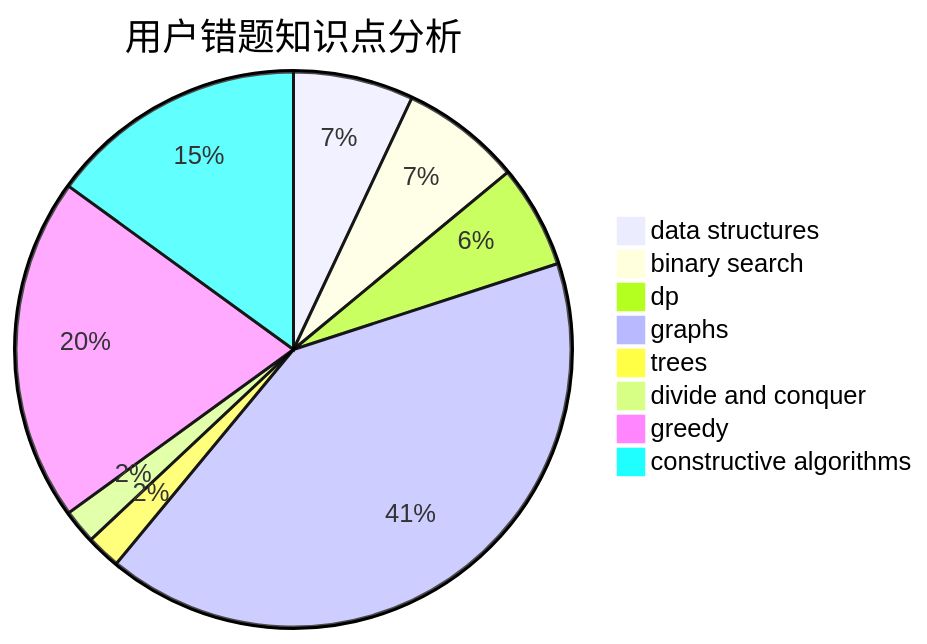
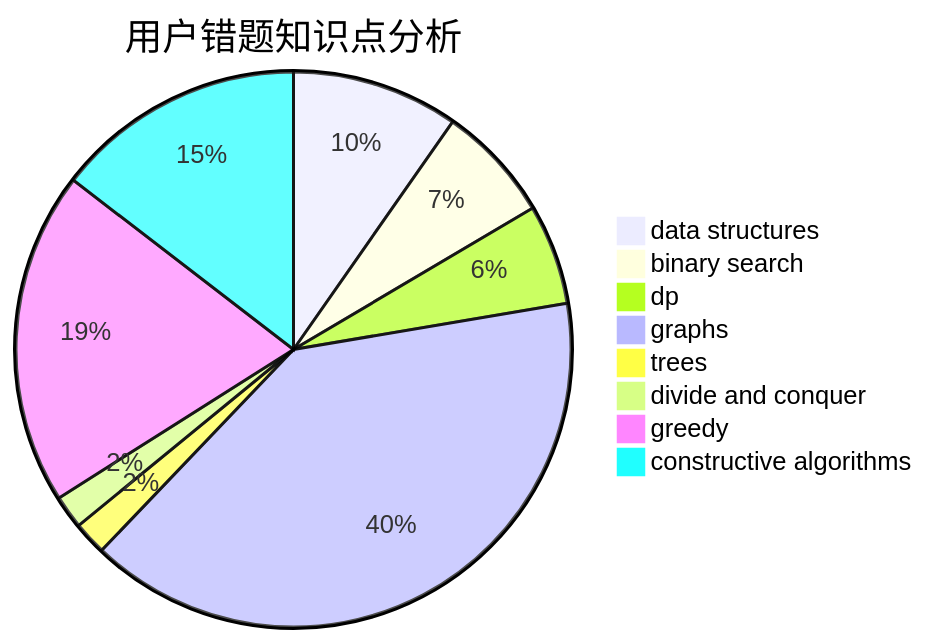
One commit to sherpahu/cfrs.github.io changed the third of 3 diagrams in docs/user/u825.md. Above: the diagram before and after it, drawn with Mermaid. The commit also changed other lines of this file and 2770 other files, not shown here.

````diff
--- a/docs/user/u825.md
+++ b/docs/user/u825.md
@@ -36,11 +36,11 @@
 ```mermaid
 pie title 用户错题知识点分析
-    "data structures" :  7
+    "data structures" :  10
     "binary search" :  7
     "dp" :  6
     "graphs" :  41
     "trees" :  2
     "divide and conquer" :  2
     "greedy" :  20
     "constructive algorithms" :  15
 ```
````
